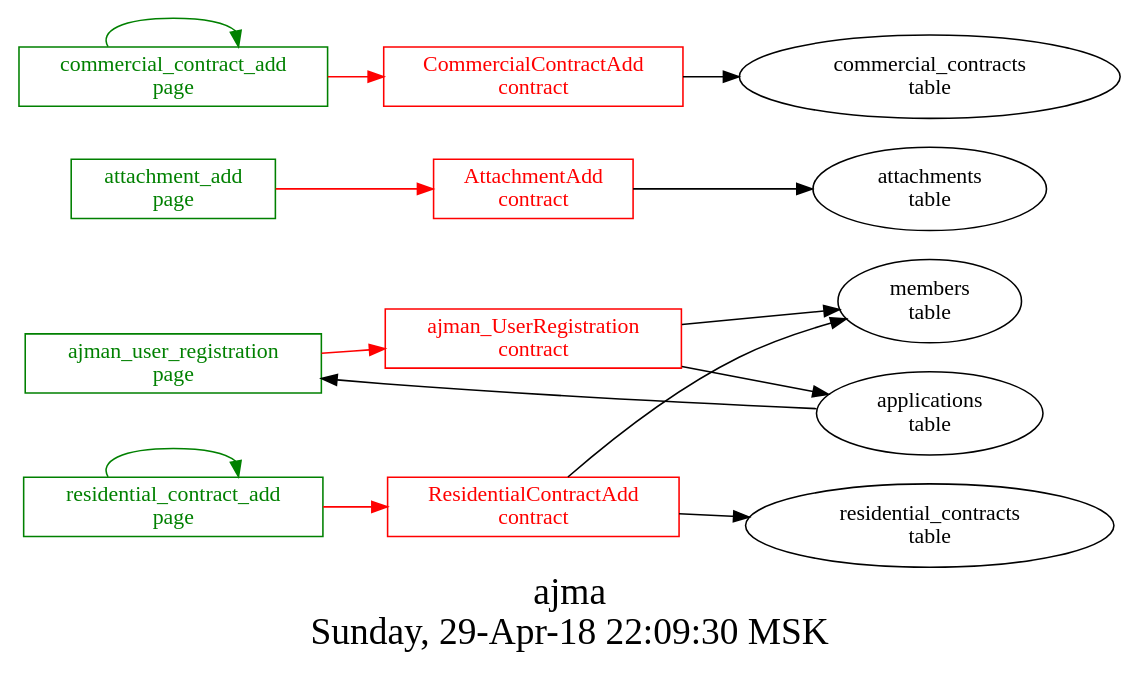
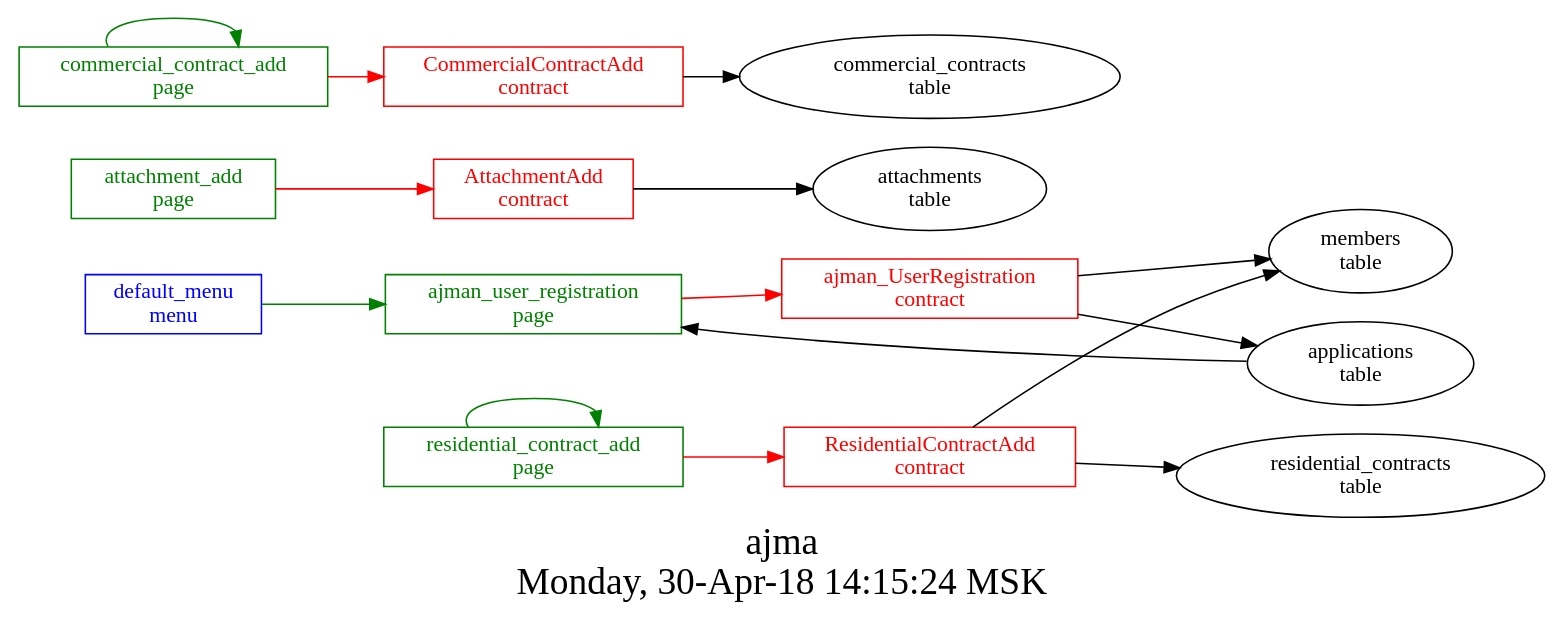
One commit to AplaProject/apps changed the diagram in src/ajman/struct.dot. Above: the diagram before and after it, drawn with Graphviz. The commit also changed 4 other files, not shown here.

```diff
--- a/src/ajman/struct.dot
+++ b/src/ajman/struct.dot
@@ -1,34 +1,36 @@
 digraph G {
 graph [
   fontsize="24";
-  label="ajma\nSunday, 29-Apr-18 22:09:30 MSK";
+  label="ajma\nMonday, 30-Apr-18 14:15:24 MSK";
   nojustify=true;
   ordering=out;
   rankdir=LR;
   size="30";
 ];
+"default_menu\nmenu" -> "ajman_user_registration\npage"  [ color=green ]
+"default_menu\nmenu" [color=blue, fontcolor=blue, group=menus, shape=record];
 "ajman_user_registration\npage" -> "ajman_UserRegistration\ncontract"  [ color=red ]
 "applications\ntable" -> "ajman_user_registration\npage"  [ color="" ]
 "ajman_user_registration\npage" [color=green, fontcolor=green, group=pages, shape=record];
 "attachment_add\npage" -> "AttachmentAdd\ncontract"  [ color=red ]
 "attachment_add\npage" [color=green, fontcolor=green, group=pages, shape=record];
 "commercial_contract_add\npage" -> "CommercialContractAdd\ncontract"  [ color=red ]
 "commercial_contract_add\npage" -> "commercial_contract_add\npage"  [ color=green ]
 "commercial_contract_add\npage" [color=green, fontcolor=green, group=pages, shape=record];
 "residential_contract_add\npage" -> "ResidentialContractAdd\ncontract"  [ color=red ]
 "residential_contract_add\npage" -> "residential_contract_add\npage"  [ color=green ]
 "residential_contract_add\npage" [color=green, fontcolor=green, group=pages, shape=record];
 "AttachmentAdd\ncontract" -> "attachments\ntable"  [ color="" ]
 "AttachmentAdd\ncontract" [color=red, fontcolor=red, group=contracts, shape=record];
 "CommercialContractAdd\ncontract" -> "commercial_contracts\ntable"  [ color="" ]
 "CommercialContractAdd\ncontract" [color=red, fontcolor=red, group=contracts, shape=record];
 "ResidentialContractAdd\ncontract" -> "members\ntable"  [ color="" ]
 "ResidentialContractAdd\ncontract" -> "residential_contracts\ntable"  [ color="" ]
 "ResidentialContractAdd\ncontract" [color=red, fontcolor=red, group=contracts, shape=record];
 "ajman_UserRegistration\ncontract" -> "members\ntable"  [ color="" ]
 "ajman_UserRegistration\ncontract" -> "applications\ntable"  [ color="" ]
 "ajman_UserRegistration\ncontract" [color=red, fontcolor=red, group=contracts, shape=record];
 "attachments\ntable" [color="", fontcolor="", group=tables, shape=""];
 "commercial_contracts\ntable" [color="", fontcolor="", group=tables, shape=""];
 "residential_contracts\ntable" [color="", fontcolor="", group=tables, shape=""];
 }
```
